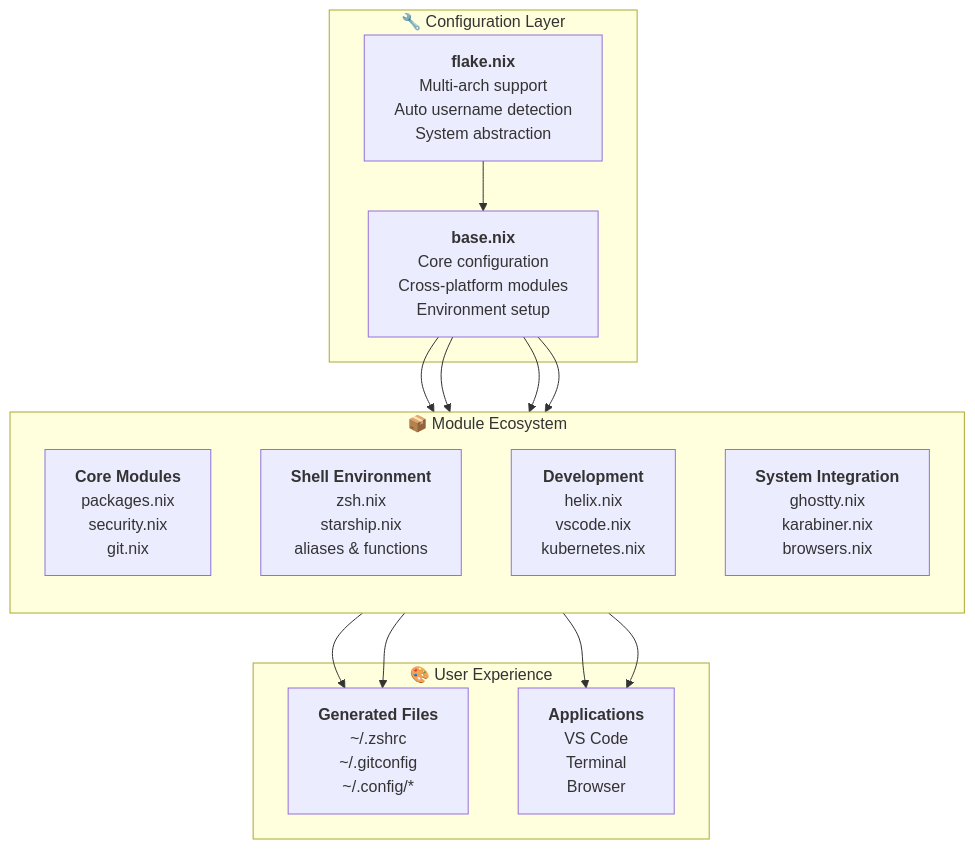
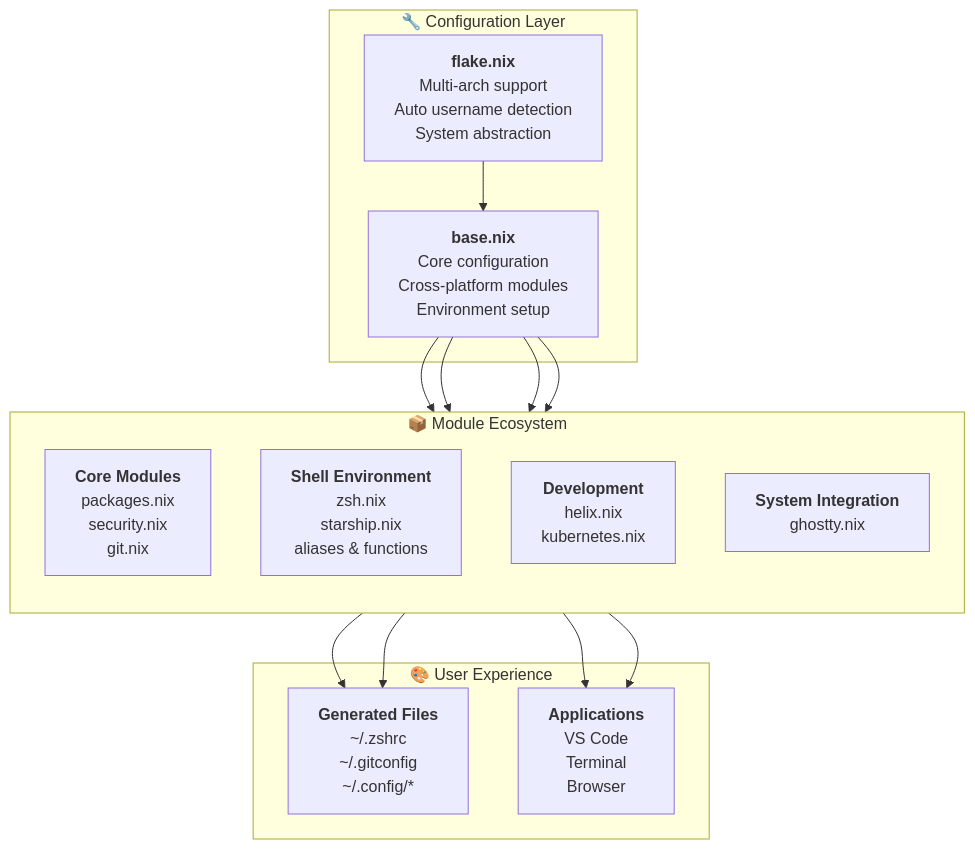
Before and after one commit to pampatzoglou/home-manager: the first of 8 diagrams in ARCHITECTURE.md, drawn with Mermaid. The commit also changed other lines of this file and 2 other files, not shown here.

````diff
--- a/ARCHITECTURE.md
+++ b/ARCHITECTURE.md
@@ -7,54 +7,51 @@
 ```mermaid
 graph TB
     subgraph "🔧 Configuration Layer"
         flake["`**flake.nix**
         Multi-arch support
         Auto username detection
         System abstraction`"]
         base["`**base.nix**
         Core configuration
         Cross-platform modules
         Environment setup`"]
     end
     
     subgraph "📦 Module Ecosystem"
         direction TB
         core["`**Core Modules**
         packages.nix
         security.nix
         git.nix`"]
         shell["`**Shell Environment**
         zsh.nix
         starship.nix
         aliases & functions`"]
         dev["`**Development**
         helix.nix
-        vscode.nix
         kubernetes.nix`"]
         sys["`**System Integration**
-        ghostty.nix
-        karabiner.nix
-        browsers.nix`"]
+        ghostty.nix`"]
     end
     
     subgraph "🎨 User Experience"
         dotfiles["`**Generated Files**
         ~/.zshrc
         ~/.gitconfig
         ~/.config/*`"]
         apps["`**Applications**
         VS Code
         Terminal
         Browser`"]
     end
     
     flake --> base
     base --> core
     base --> shell
     base --> dev
     base --> sys
     core --> dotfiles
     shell --> dotfiles
     dev --> apps
     sys --> apps
 ```
````
